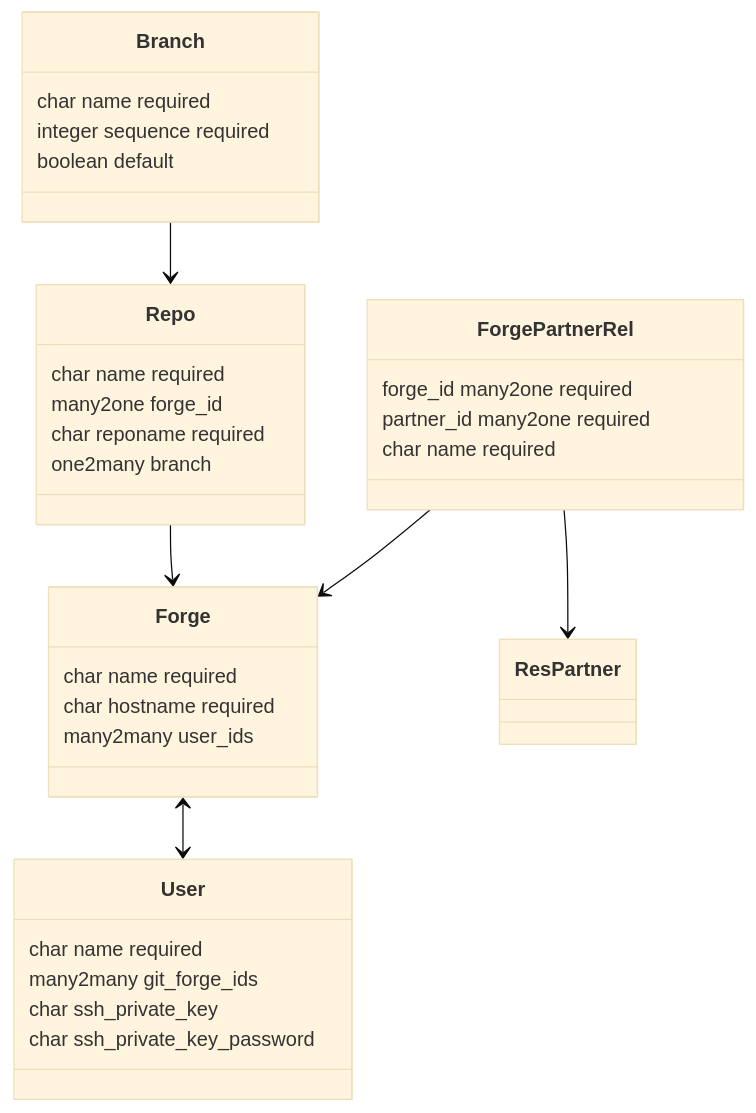
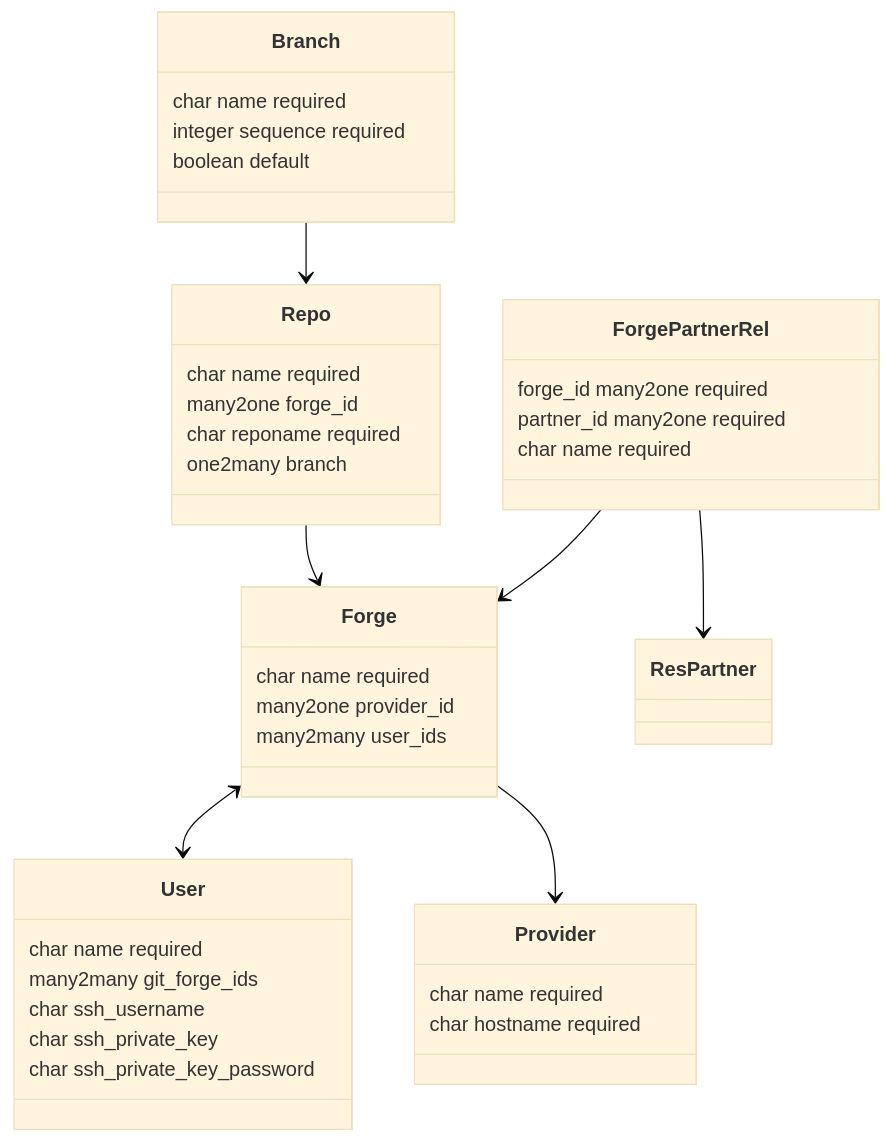
Before and after one commit to Mint-System/Wiki: the diagram in Specification Git Kubernetes.md, drawn with Mermaid (base theme). The commit also changed other lines of this file and 2 other files, not shown here.

````diff
--- a/Specification Git Kubernetes.md
+++ b/Specification Git Kubernetes.md
@@ -21,40 +21,47 @@
 ```mermaid
 classDiagram
     Forge <--> User
 	ForgePartnerRel --> Forge
+	Forge --> Provider
 	ForgePartnerRel --> ResPartner
 	Repo --> Forge
 	Branch --> Repo
 	
     class User {
 		char name required
 		many2many git_forge_ids
+		char ssh_username
 		char ssh_private_key
 		char ssh_private_key_password
     }
 
 	class Forge {
 		char name required
+		many2one provider_id
+		many2many user_ids
+	}
+	
+	class Provider {
+		char name required
 		char hostname required
-		many2many user_ids
 	}
 
 	class ForgePartnerRel {
 		forge_id many2one required
 		partner_id many2one required
 		char name required
 	}
 
     class Repo{
 		char name required
 		many2one forge_id
 		char reponame required
 		one2many branch
     }
 
     class Branch{
 		char name required
 		integer sequence required
 		boolean default
     }
 ```
````
